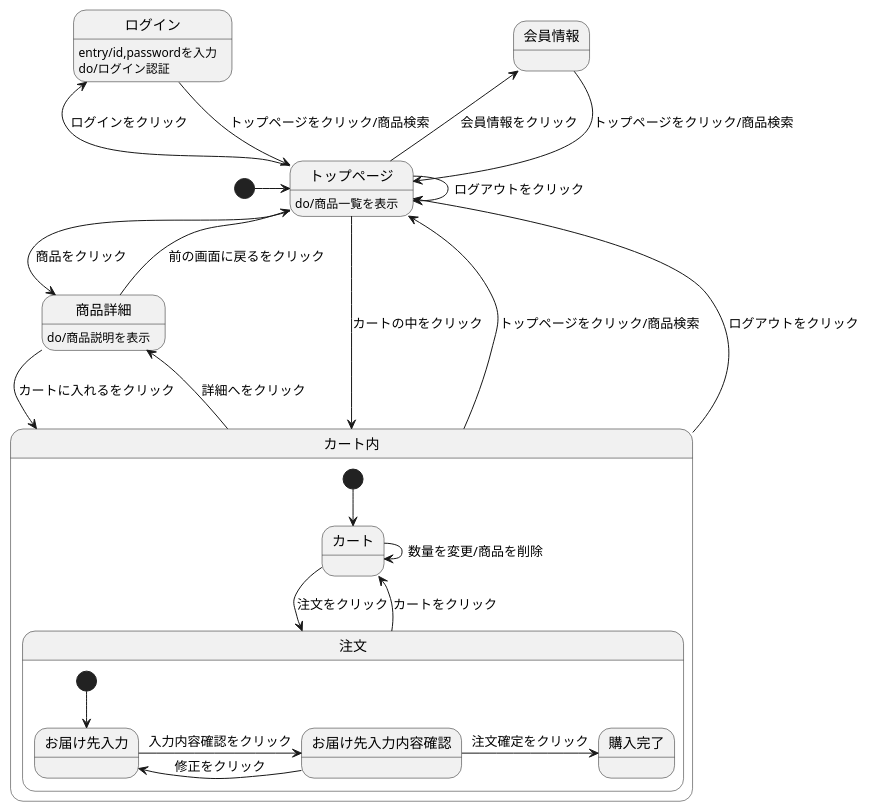
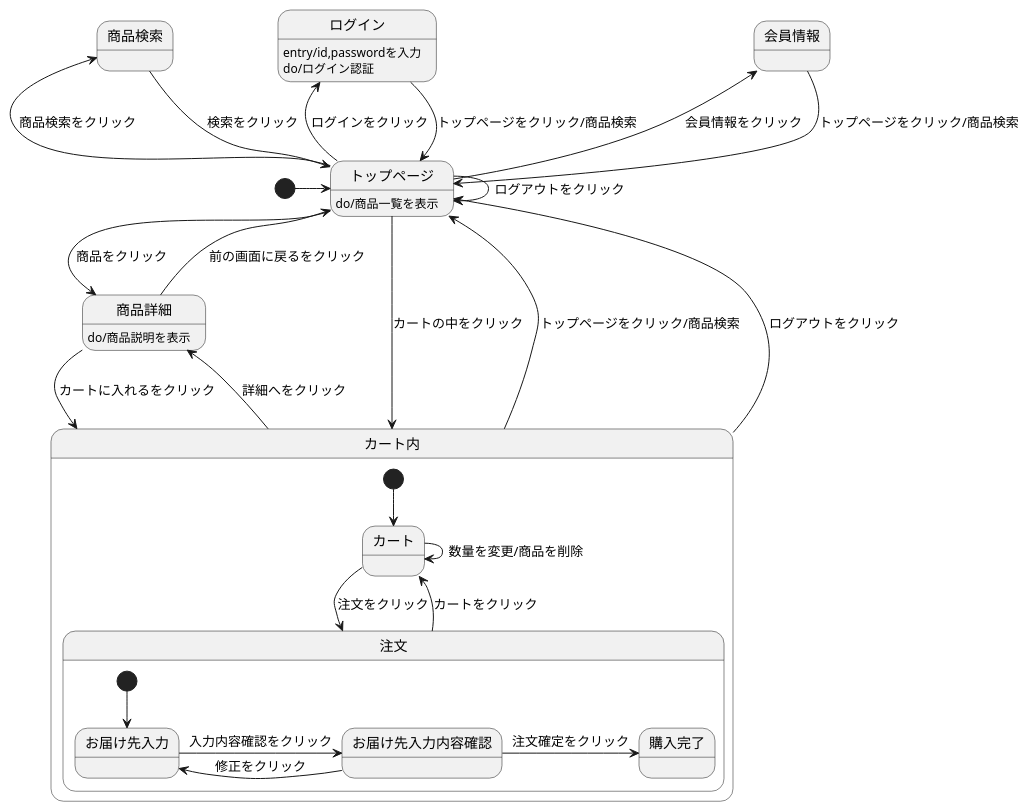
One commit to Aso2001165/2021sys-design-3 changed the diagram in stm01.md. Above: the diagram before and after it, drawn with PlantUML.

````diff
--- a/stm01.md
+++ b/stm01.md
@@ -1,34 +1,36 @@
 ```uml
 @startuml
 [*] -> トップページ
 会員情報 --> トップページ : トップページをクリック/商品検索
 ログイン --> トップページ : トップページをクリック/商品検索
 ログイン:entry/id,passwordを入力
 ログイン:do/ログイン認証
 トップページ --> トップページ : ログアウトをクリック
 トップページ -> 商品詳細 : 商品をクリック
 トップページ -left-> 会員情報 : 会員情報をクリック
 トップページ -left-> ログイン : ログインをクリック
 トップページ --> カート内 : カートの中をクリック
 トップページ:do/商品一覧を表示
+商品検索 --> トップページ : 検索をクリック
+トップページ -left-> 商品検索 : 商品検索をクリック
 商品詳細 --> カート内 : カートに入れるをクリック
 商品詳細 --> トップページ : 前の画面に戻るをクリック
 商品詳細:do/商品説明を表示
 カート内 -up-> トップページ : トップページをクリック/商品検索
 カート内 -up-> トップページ : ログアウトをクリック
 カート内 -> 商品詳細 : 詳細へをクリック
 
 state カート内 {
  [*] --> カート
  カート -> 注文 : 注文をクリック
  カート -> カート : 数量を変更/商品を削除
  注文 --> カート : カートをクリック
 state 注文 {
  [*] --> お届け先入力
  お届け先入力 -> お届け先入力内容確認 : 入力内容確認をクリック
  お届け先入力内容確認 -> お届け先入力 : 修正をクリック
  お届け先入力内容確認 -> 購入完了 : 注文確定をクリック
  }
 }
 @enduml
 ```
````
